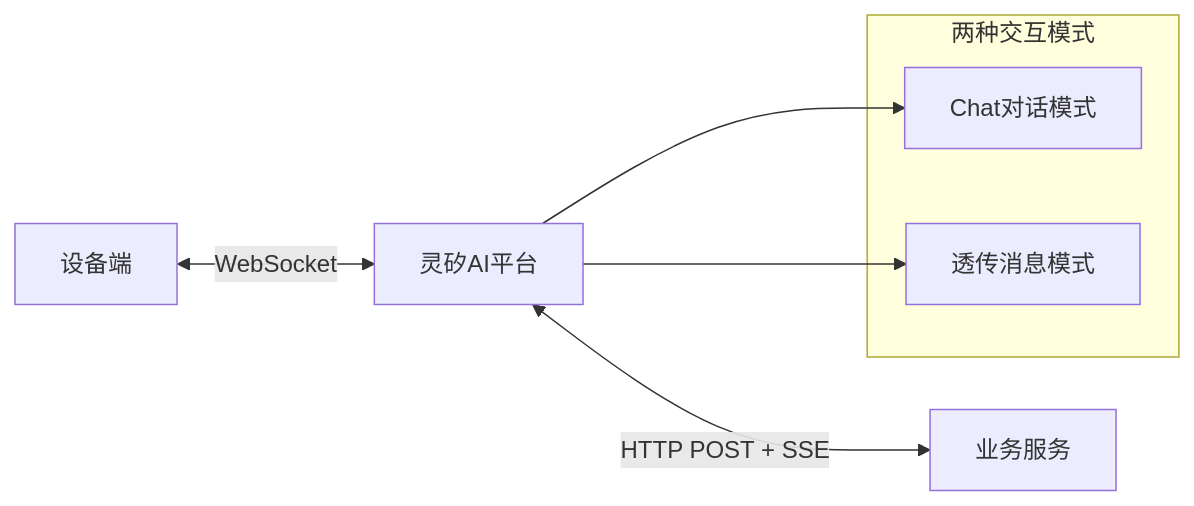
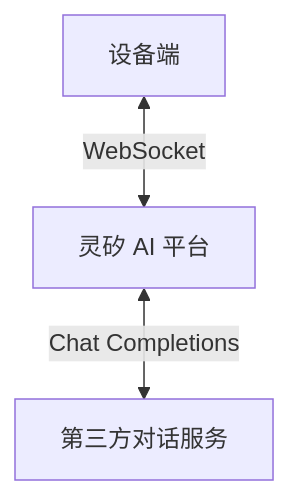
One commit to qiniu/Xrobot-docs changed the diagram in docs/xrobot/guide/third-app.md. Above: the diagram before and after it, drawn with Mermaid. The commit also changed other lines of this file, not shown here.

````diff
--- a/docs/xrobot/guide/third-app.md
+++ b/docs/xrobot/guide/third-app.md
@@ -15,13 +9,5 @@
 ```mermaid
-graph LR
-    A[设备端] <-->|WebSocket| B[灵矽AI平台]
-    B <-->|HTTP POST + SSE| C[业务服务]
-    
-    subgraph "两种交互模式"
-        D[Chat对话模式]
-        E[透传消息模式]
-    end
-    
-    B --> D
-    B --> E
+flowchart TD
+    Device[设备端] <-->|WebSocket| Platform[灵矽 AI 平台]
+    Platform <-->|Chat Completions| Chat[第三方对话服务]
 ```
````
